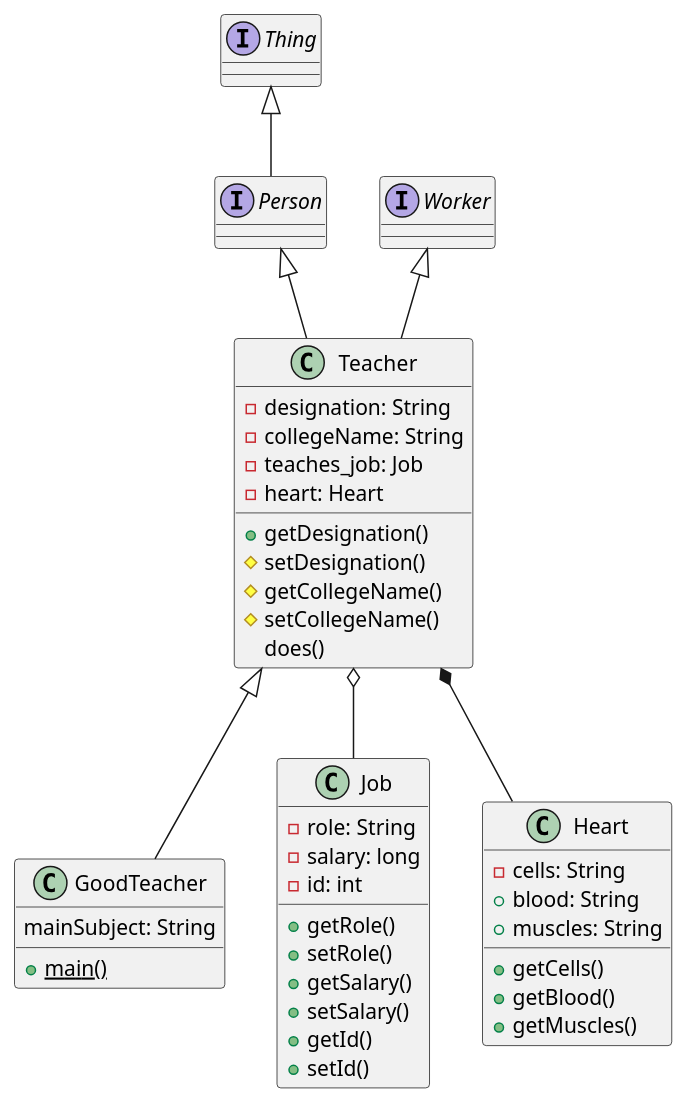
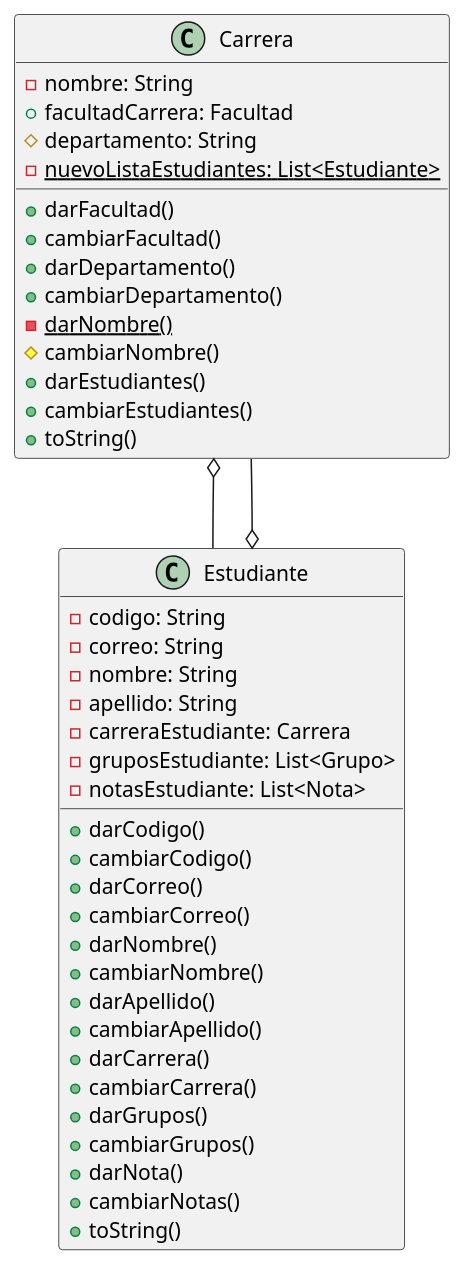
Before and after one commit to afmoyar/Java-Documentator: the diagram in Java-documentator/Documentation/Class_diagram.puml, drawn with PlantUML. The commit also changed 4 other files, not shown here.

```diff
--- a/Java-documentator/Documentation/Class_diagram.puml
+++ b/Java-documentator/Documentation/Class_diagram.puml
@@ -1,48 +1,43 @@
 @startuml
-Interface Thing{
+class Carrera{
+	-nombre: String
+	+facultadCarrera: Facultad
+	#departamento: String
+	-{static}nuevoListaEstudiantes: List<Estudiante>
+	+darFacultad()
+	+cambiarFacultad()
+	+darDepartamento()
+	+cambiarDepartamento()
+	-{static}darNombre()
+	#cambiarNombre()
+	+darEstudiantes()
+	+cambiarEstudiantes()
+	+toString()
 }
-Interface Person{
+class Estudiante{
+	-codigo: String
+	-correo: String
+	-nombre: String
+	-apellido: String
+	-carreraEstudiante: Carrera
+	-gruposEstudiante: List<Grupo>
+	-notasEstudiante: List<Nota>
+	+darCodigo()
+	+cambiarCodigo()
+	+darCorreo()
+	+cambiarCorreo()
+	+darNombre()
+	+cambiarNombre()
+	+darApellido()
+	+cambiarApellido()
+	+darCarrera()
+	+cambiarCarrera()
+	+darGrupos()
+	+cambiarGrupos()
+	+darNota()
+	+cambiarNotas()
+	+toString()
 }
-Interface Worker{
-}
-class Teacher{
-	-designation: String
-	-collegeName: String
-	-teaches_job: Job
-	-heart: Heart
-	+getDesignation()
-	#setDesignation()
-	#getCollegeName()
-	#setCollegeName()
-	does()
-}
-class GoodTeacher{
-	mainSubject: String
-	+{static}main()
-}
-class Job{
-	-role: String
-	-salary: long
-	-id: int
-	+getRole()
-	+setRole()
-	+getSalary()
-	+setSalary()
-	+getId()
-	+setId()
-}
-class Heart{
-	-cells: String
-	+blood: String
-	+muscles: String
-	+getCells()
-	+getBlood()
-	+getMuscles()
-}
-Teacher <|-- GoodTeacher
-Teacher o-- Job
-Teacher *-- Heart
-Person <|-- Teacher
-Worker <|-- Teacher
-Thing <|-- Person
+Carrera o-- Estudiante
+Estudiante o-- Carrera
 @enduml
```
